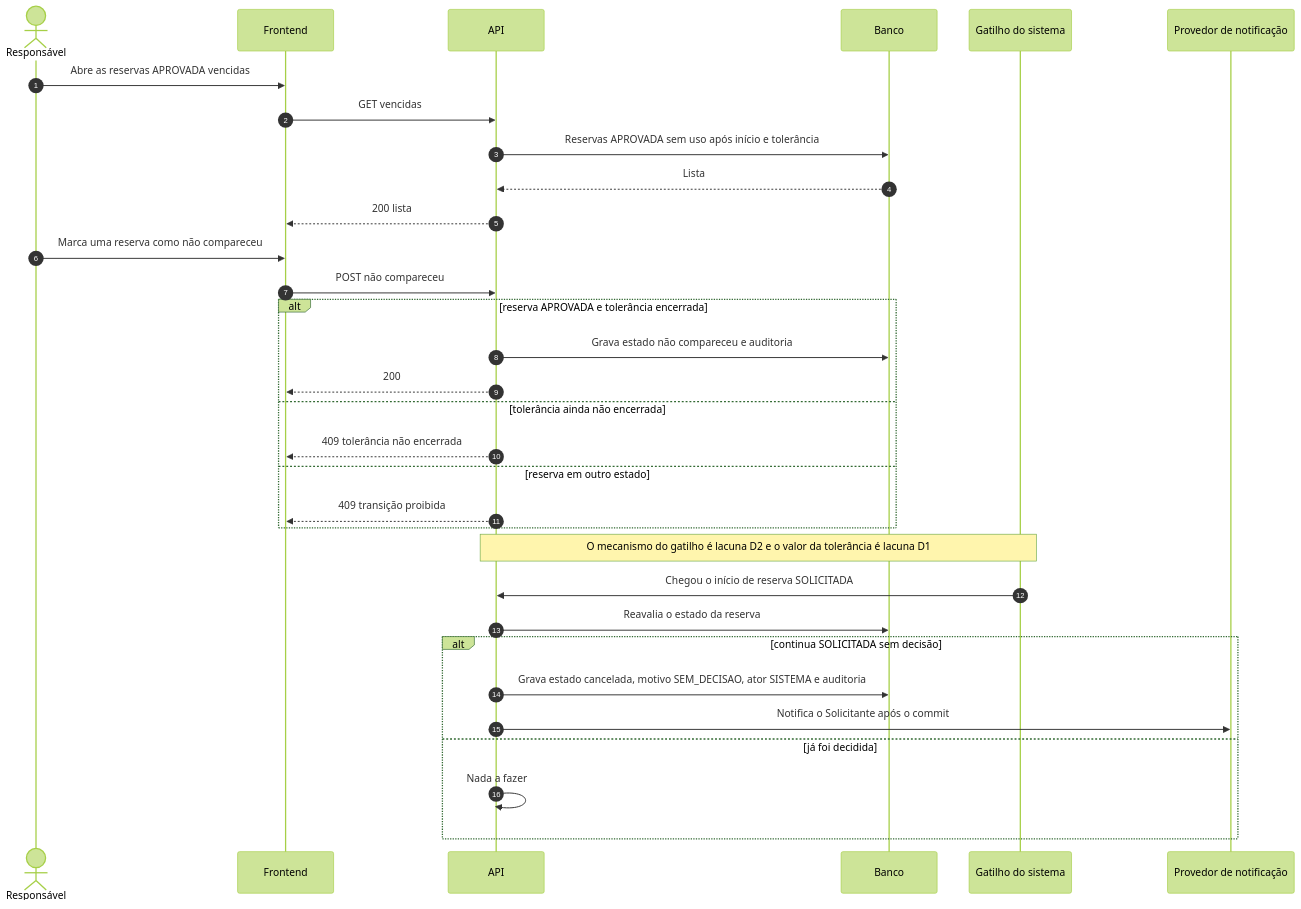
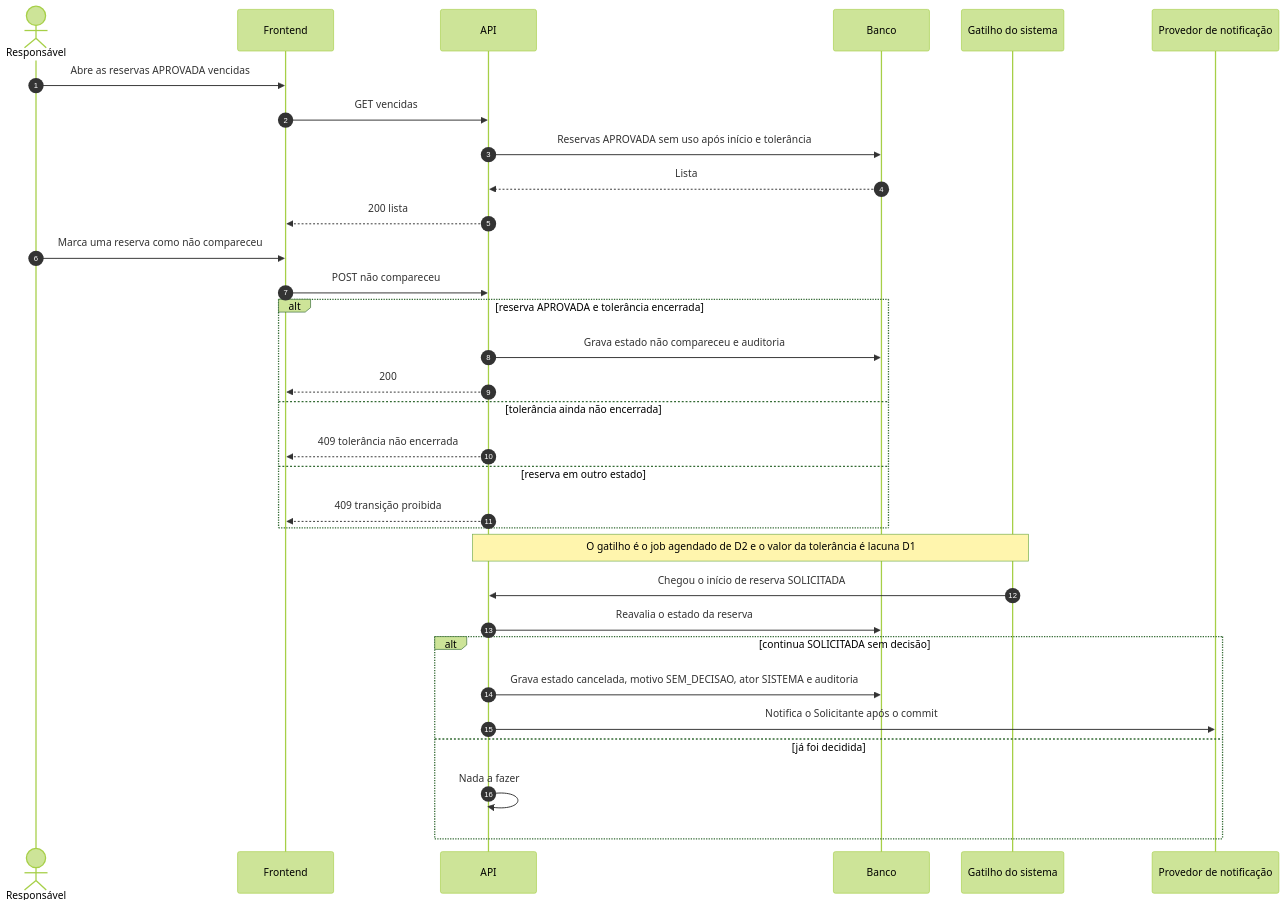
One commit to Jefferson-Silva-Geronimo/Projeto-QA-Organizador-de-Recursos-Jefferson changed the ninth of 14 diagrams in docs/prd/fluxos-sequencia.md. Above: the diagram before and after it, drawn with Mermaid (forest theme). The commit also changed other lines of this file and 5 other files, not shown here.

````diff
--- a/docs/prd/fluxos-sequencia.md
+++ b/docs/prd/fluxos-sequencia.md
@@ -428,34 +428,34 @@
 ```mermaid
 sequenceDiagram
     autonumber
     actor R as Responsável
     participant F as Frontend
     participant A as API
     participant B as Banco
     participant G as Gatilho do sistema
     participant P as Provedor de notificação
     R->>F: Abre as reservas APROVADA vencidas
     F->>A: GET vencidas
     A->>B: Reservas APROVADA sem uso após início e tolerância
     B-->>A: Lista
     A-->>F: 200 lista
     R->>F: Marca uma reserva como não compareceu
     F->>A: POST não compareceu
     alt reserva APROVADA e tolerância encerrada
         A->>B: Grava estado não compareceu e auditoria
         A-->>F: 200
     else tolerância ainda não encerrada
         A-->>F: 409 tolerância não encerrada
     else reserva em outro estado
         A-->>F: 409 transição proibida
     end
-    Note over G,A: O mecanismo do gatilho é lacuna D2 e o valor da tolerância é lacuna D1
+    Note over G,A: O gatilho é o job agendado de D2 e o valor da tolerância é lacuna D1
     G->>A: Chegou o início de reserva SOLICITADA
     A->>B: Reavalia o estado da reserva
     alt continua SOLICITADA sem decisão
         A->>B: Grava estado cancelada, motivo SEM_DECISAO, ator SISTEMA e auditoria
         A->>P: Notifica o Solicitante após o commit
     else já foi decidida
         A->>A: Nada a fazer
     end
 ```
````
